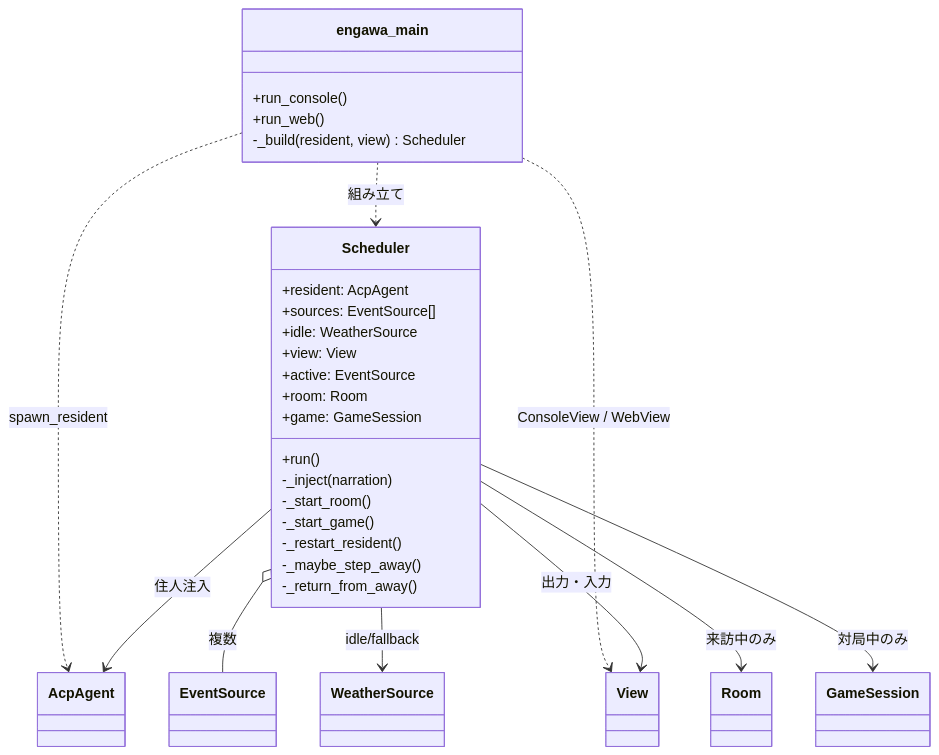
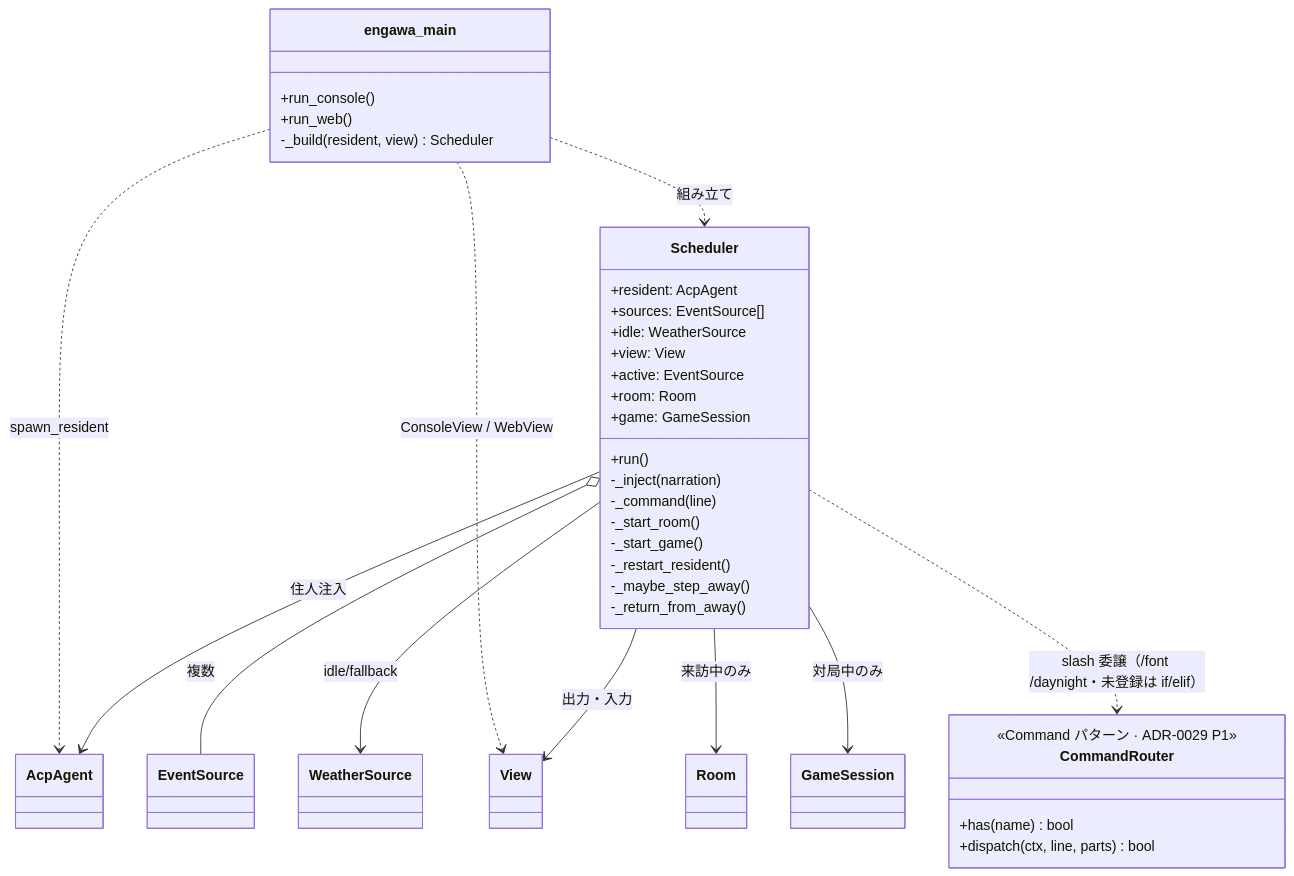
One commit to NiteC-a11y/Engawa changed the first of 7 diagrams in docs/class-diagram.md. Above: the diagram before and after it, drawn with Mermaid. The commit also changed other lines of this file, not shown here.

Commit message:
docs(class-diagram): CommandRouter を反映＋リファクタ進行中を明記（ADR-0029 P1）
composition 図に CommandRouter クラスと Scheduler からの slash 委譲を追加、
Scheduler の箱に _command を明示。図は ADR-0029 の段階抽出の途中である旨
（Phase 1=CommandRouter 済み・以後 controller が増えると Scheduler は縮む）を
注記。背景の昼夜(daynight.py)は WebView が使う純関数として言及。

これまで責務テーブルだけ更新して mermaid 図本体が stale だったのを解消。

````diff
--- a/docs/class-diagram.md
+++ b/docs/class-diagram.md
@@ -11,38 +11,46 @@
 ```mermaid
 classDiagram
     direction TB
 
     class engawa_main {
         +run_console()
         +run_web()
         -_build(resident, view) Scheduler
     }
 
     class Scheduler {
         +resident: AcpAgent
         +sources: EventSource[]
         +idle: WeatherSource
         +view: View
         +active: EventSource
         +room: Room
         +game: GameSession
         +run()
         -_inject(narration)
+        -_command(line)
         -_start_room()
         -_start_game()
         -_restart_resident()
         -_maybe_step_away()
         -_return_from_away()
+    }
+
+    class CommandRouter {
+        <<Command パターン · ADR-0029 P1>>
+        +has(name) bool
+        +dispatch(ctx, line, parts) bool
     }
 
     engawa_main ..> Scheduler : 組み立て
     engawa_main ..> AcpAgent : spawn_resident
     engawa_main ..> View : ConsoleView / WebView
 
     Scheduler --> AcpAgent : 住人注入
     Scheduler o-- EventSource : 複数
     Scheduler --> WeatherSource : idle/fallback
     Scheduler --> View : 出力・入力
     Scheduler --> Room : 来訪中のみ
     Scheduler --> GameSession : 対局中のみ
+    Scheduler ..> CommandRouter : slash 委譲（/font /daynight・未登録は if/elif）
 ```
````
